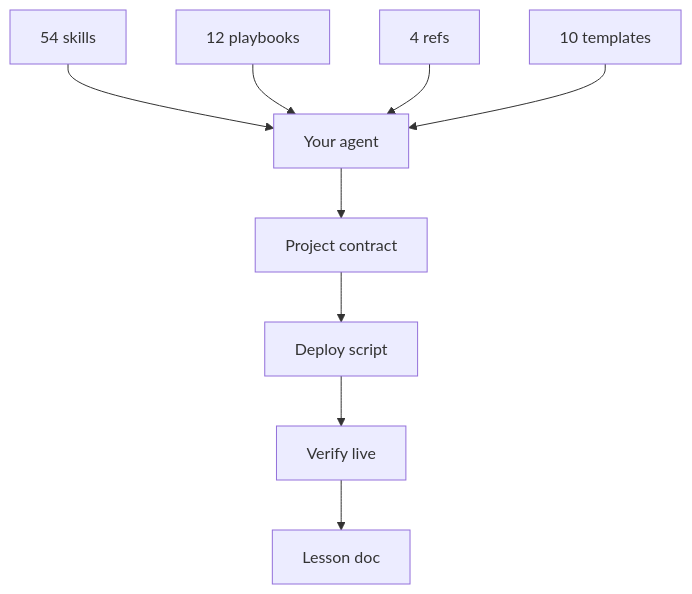
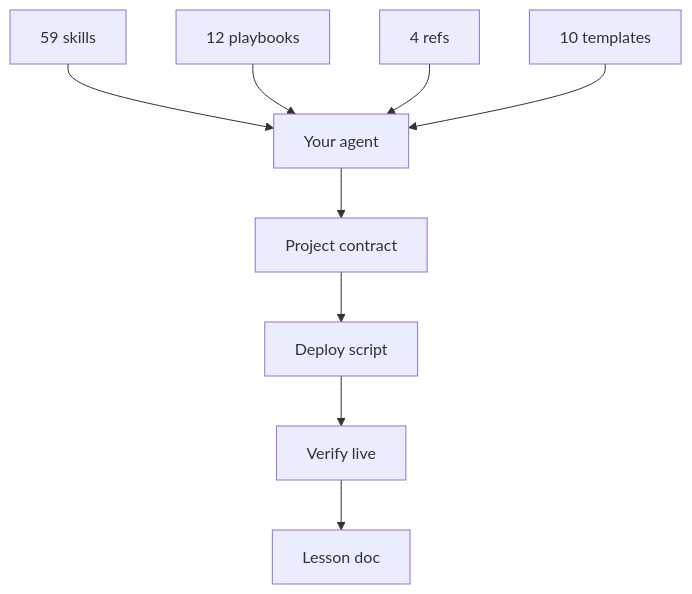
Before and after one commit to Nonarkara/dr-non-vibecoding-skills: the diagram in README.md, drawn with Mermaid. The commit also changed other lines of this file and 8 other files, not shown here.

````diff
--- a/README.md
+++ b/README.md
@@ -260,11 +260,11 @@
 ```mermaid
 flowchart TB
-  S["54 skills"] --> A["Your agent"]
+  S["59 skills"] --> A["Your agent"]
   P["12 playbooks"] --> A
   R["4 refs"] --> A
   T["10 templates"] --> A
   A --> W["Project contract"]
   W --> D["Deploy script"]
   D --> V["Verify live"]
   V --> L["Lesson doc"]
 ```
````
